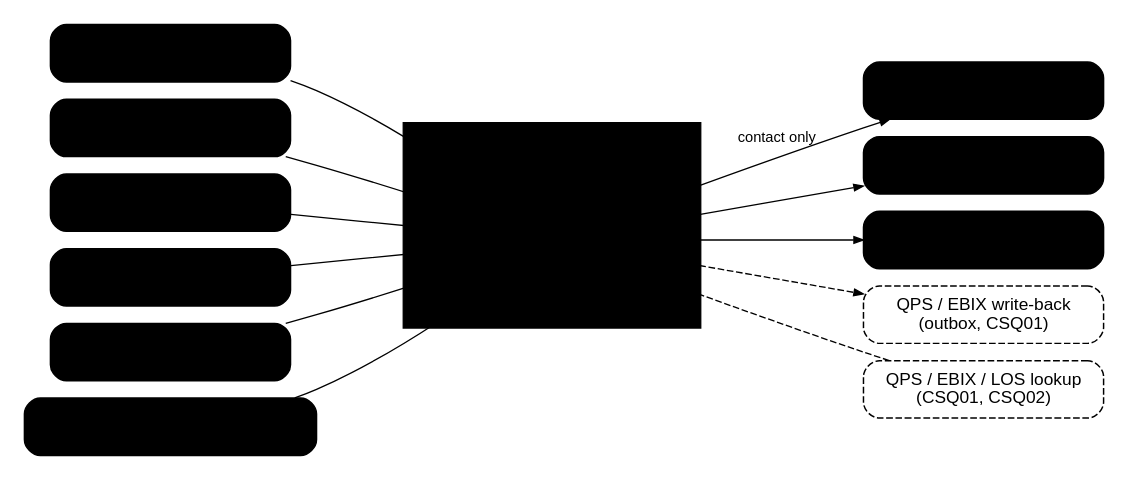
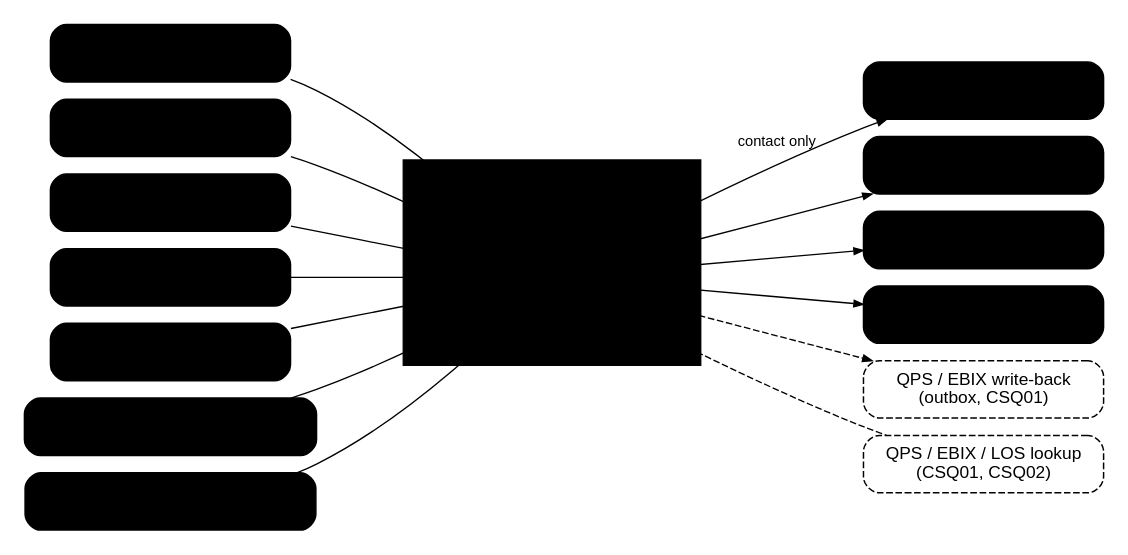
One commit to IortaTexhNXT-DEV/FinVerse changed the diagram in docs/deliverables/src/BRD-09_Customer_Servicing_Facility/figures/brd09_integration.dot. Above: the diagram before and after it, drawn with Graphviz. The commit also changed 13 other files, not shown here.

Commit message:
BRD-9 Customer Servicing Facility FRS and test plan v1.1: re-based on the Case Management file, case management requirements FR-CSF-050 to 061, clarifications CLR-CSF-07 to 12, user-story view and storyboard index; v1.0 files removed

```diff
--- a/docs/deliverables/src/BRD-09_Customer_Servicing_Facility/figures/brd09_integration.dot
+++ b/docs/deliverables/src/BRD-09_Customer_Servicing_Facility/figures/brd09_integration.dot
@@ -1,34 +1,37 @@
 // BRD-9 Customer Servicing Facility: interfaces of the csf module (FRS section 7). Dashed grey = parked seam.
 // Left to right: BIBS sources read by CSF, the CSF workspace, outputs.
 digraph csf_integration {
   graph [rankdir=LR, fontname="Arial", nodesep=0.18, ranksep=1.0, bgcolor="white", pad=0.15];
   node  [shape=box, style="rounded,filled", fillcolor="@WHITE", color="@HEADER_BLUE", penwidth=1.1,
          fontname="Arial", fontsize=13, fontcolor="@NEAR_BLACK", width=2.5, height=0.6];
   edge  [color="@MUTED", arrowsize=0.7, fontname="Arial", fontsize=11, fontcolor="@TEXT"];
 
   crm  [label="Client master (CRM)"];
   acc  [label="Accounts, PN numbers\n(BRD-1 account)"];
   plc  [label="Loan application no.\n(BRD-1 placement)"];
   iss  [label="E-policies\n(BRD-1 issuance)"];
   led  [label="Invoices and payments\n(BRD-2 opsledger)"];
   doc  [label="Documents: RENEWAL_ADVICE,\nCLAIM_REPORT, quotations"];
+  org  [label="Fulfilment unit members,\naccount officers (BRD-11, BRD-1)"];
 
   subgraph cluster_csf {
     label="Customer Servicing Facility (BIBS)"; labeljust=l; fontcolor="@HEADER_BLUE"; fontsize=13;
     style=filled; fillcolor="@BG_BLUE"; color="@BG_BLUE";
-    csf [label="Search, servicing view,\ncontact change, resend,\ndocuments, activity log", fillcolor="@HEADER_BLUE", fontcolor="@WHITE", height=1.6];
+    csf [label="Search, servicing view,\ncontact change, resend,\ndocuments, activity log,\ncase management", fillcolor="@HEADER_BLUE", fontcolor="@WHITE", height=1.6];
   }
 
   upd  [label="Contact update\n(client master)"];
   mail [label="E-mail outbox\n(RA, e-policy resend)"];
-  rpt  [label="Reports: contact changes,\nactivity, audit trail"];
+  rpt  [label="Reports: contact changes,\nactivity, audit trail, cases"];
+  ntf  [label="Case notifications\n(in-app and e-mail)"];
   leg  [label="QPS / EBIX write-back\n(outbox, CSQ01)", color="@MUTED", fontcolor="@MUTED", style="rounded,dashed"];
   los  [label="QPS / EBIX / LOS lookup\n(CSQ01, CSQ02)", color="@MUTED", fontcolor="@MUTED", style="rounded,dashed"];
 
-  crm -> csf; acc -> csf; plc -> csf; iss -> csf; led -> csf; doc -> csf;
+  crm -> csf; acc -> csf; plc -> csf; iss -> csf; led -> csf; doc -> csf; org -> csf;
   csf -> upd [label="contact only"];
   csf -> mail;
   csf -> rpt;
+  csf -> ntf;
   csf -> leg [style=dashed, color="@MUTED"];
   csf -> los [style=dashed, color="@MUTED", dir=back];
 }
```
